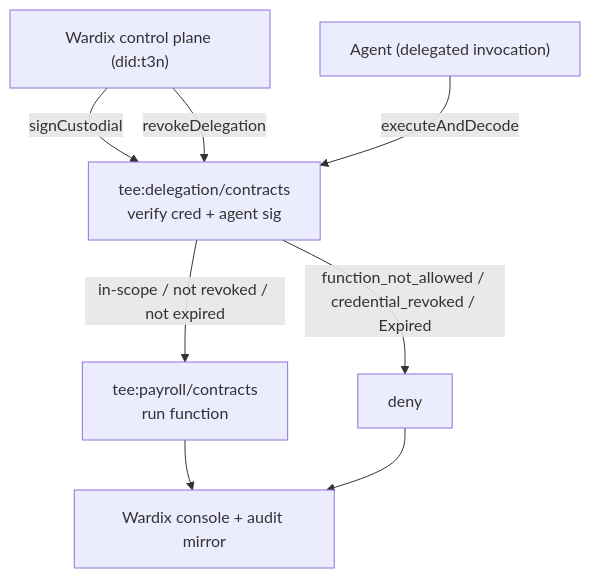
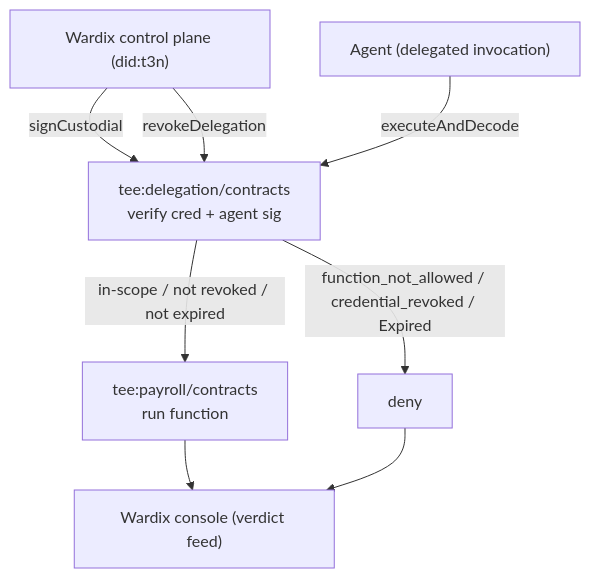
One commit to edycutjong/wardix changed the diagram in README.md. Above: the diagram before and after it, drawn with Mermaid. The commit also changed other lines of this file and 23 other files, not shown here.

````diff
--- a/README.md
+++ b/README.md
@@ -85,10 +85,10 @@
 ```mermaid
 graph TD
     W["Wardix control plane (did:t3n)"] -->|"signCustodial"| D["tee:delegation/contracts\n verify cred + agent sig"]
     W -->|"revokeDelegation"| D
     A["Agent (delegated invocation)"] -->|"executeAndDecode"| D
     D -->|"in-scope / not revoked / not expired"| P["tee:payroll/contracts\n run function"]
     D -->|"function_not_allowed / credential_revoked / Expired"| X["deny"]
-    P --> C["Wardix console + audit mirror"]
+    P --> C["Wardix console (verdict feed)"]
     X --> C
 ```
````
